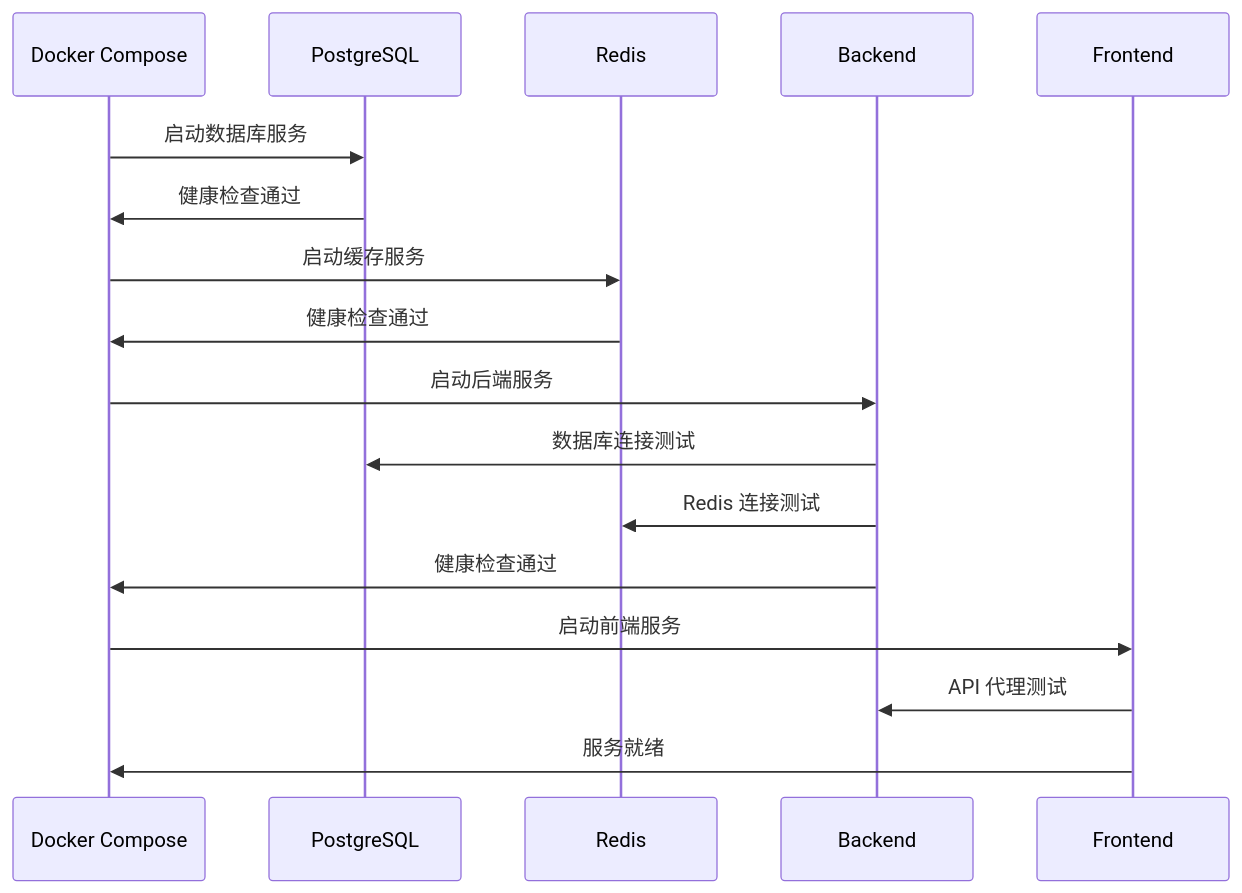
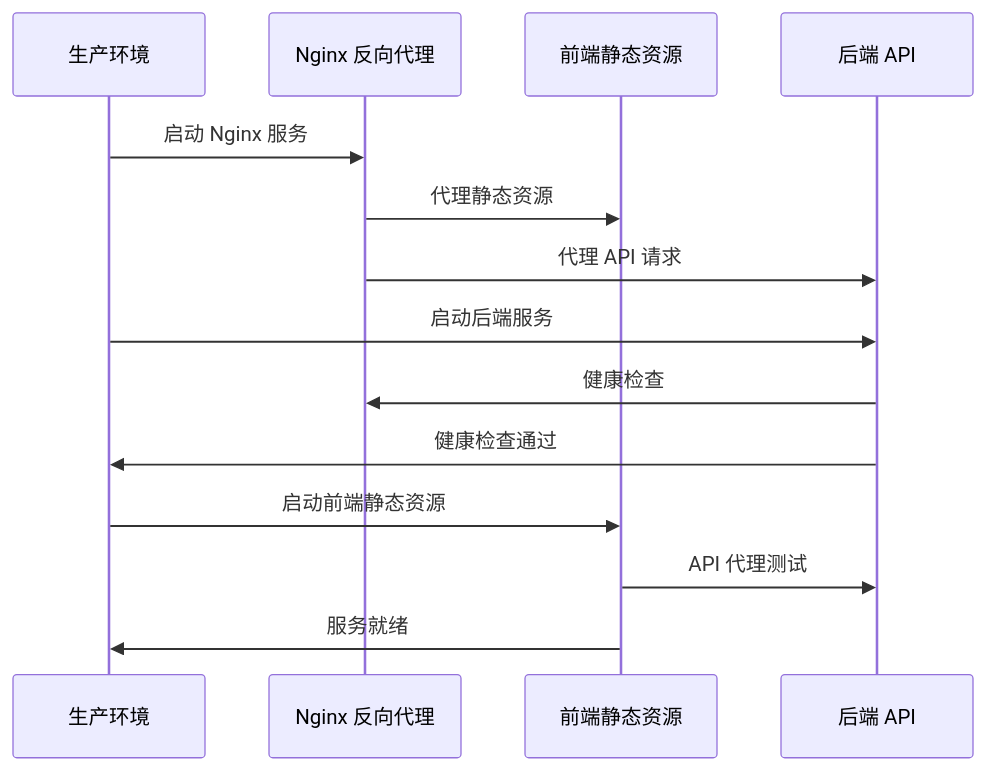
Before and after one commit to xfbyxq/ai-novel-system: the fifth of 14 diagrams in .qoder/repowiki/zh/content/Docker Deployment.md, drawn with Mermaid. The commit also changed other lines of this file and 8 other files, not shown here.

````diff
--- a/.qoder/repowiki/zh/content/Docker Deployment.md
+++ b/.qoder/repowiki/zh/content/Docker Deployment.md
@@ -260,19 +287,16 @@
 ```mermaid
 sequenceDiagram
-participant COMPOSE as Docker Compose
-participant POSTGRES as PostgreSQL
-participant REDIS as Redis
-participant BACKEND as Backend
-participant FRONTEND as Frontend
-COMPOSE->>POSTGRES : 启动数据库服务
-POSTGRES->>COMPOSE : 健康检查通过
-COMPOSE->>REDIS : 启动缓存服务
-REDIS->>COMPOSE : 健康检查通过
-COMPOSE->>BACKEND : 启动后端服务
-BACKEND->>POSTGRES : 数据库连接测试
-BACKEND->>REDIS : Redis 连接测试
-BACKEND->>COMPOSE : 健康检查通过
-COMPOSE->>FRONTEND : 启动前端服务
+participant PROD as 生产环境
+participant NGINX as Nginx 反向代理
+participant FRONTEND as 前端静态资源
+participant BACKEND as 后端 API
+PROD->>NGINX : 启动 Nginx 服务
+NGINX->>FRONTEND : 代理静态资源
+NGINX->>BACKEND : 代理 API 请求
+PROD->>BACKEND : 启动后端服务
+BACKEND->>NGINX : 健康检查
+BACKEND->>PROD : 健康检查通过
+PROD->>FRONTEND : 启动前端静态资源
 FRONTEND->>BACKEND : API 代理测试
-FRONTEND->>COMPOSE : 服务就绪
+FRONTEND->>PROD : 服务就绪
 ```
````
